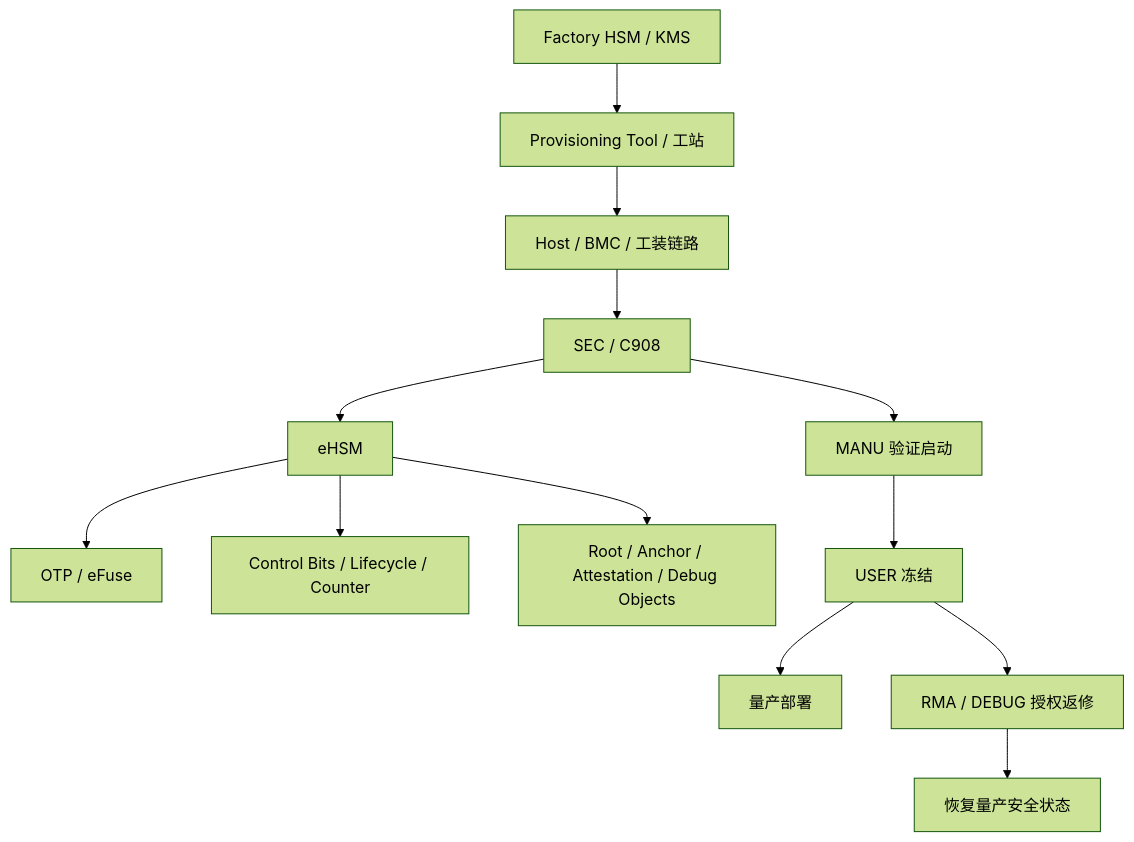
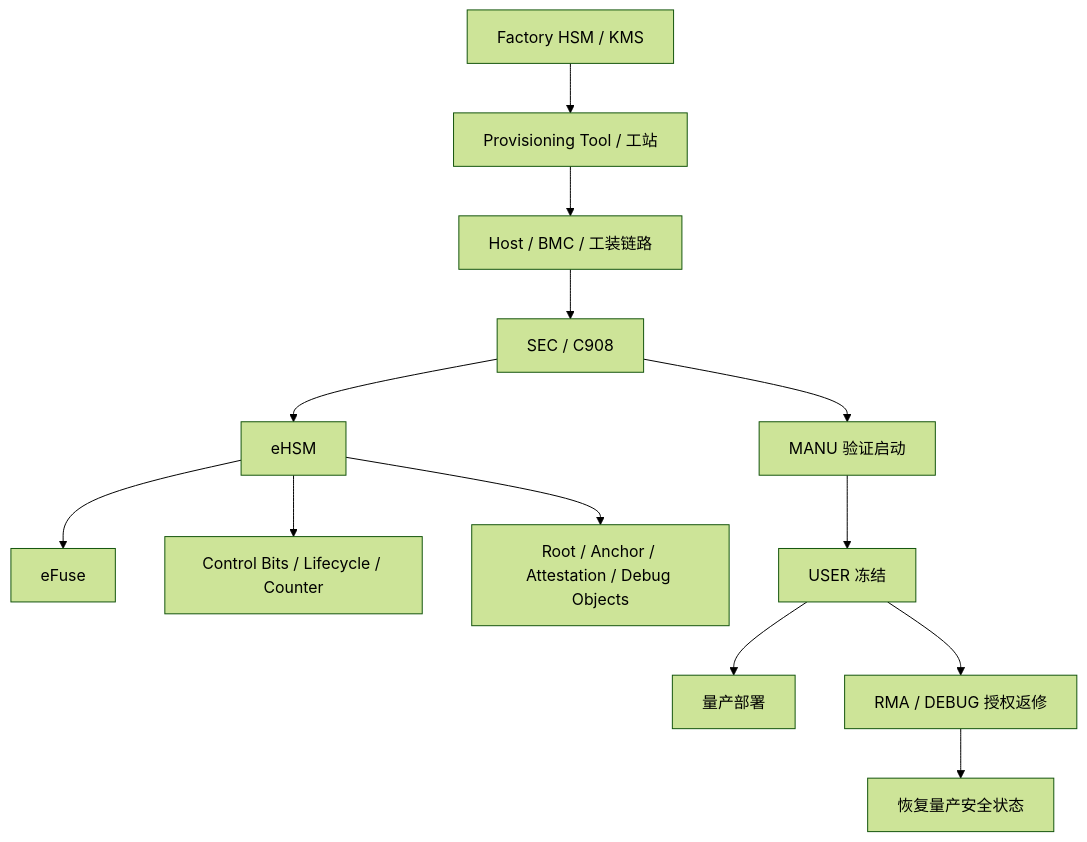
One commit to DBW19931021/security_-scheme changed diagram 23 of 29 in ngu800_security_solution_flow_with_gpt/security_workflow/03_detailed_design/10_full_design.md. Above: the diagram before and after it, drawn with Mermaid (forest theme). The commit also changed other lines of this file and 28 other files, not shown here.

````diff
--- a/ngu800_security_solution_flow_with_gpt/security_workflow/03_detailed_design/10_full_design.md
+++ b/ngu800_security_solution_flow_with_gpt/security_workflow/03_detailed_design/10_full_design.md
@@ -3552,16 +3968,16 @@
 ```mermaid
 graph TD
     HSM[Factory HSM / KMS] --> TOOL[Provisioning Tool / 工站]
     TOOL --> HOST[Host / BMC / 工装链路]
     HOST --> SEC[SEC / C908]
     SEC --> EH[eHSM]
-    EH --> OTP[OTP / eFuse]
+    EH --> eFuse[eFuse]
     EH --> CFG[Control Bits / Lifecycle / Counter]
     EH --> KEY[Root / Anchor / Attestation / Debug Objects]
 
     SEC --> BOOT[MANU 验证启动]
     BOOT --> USER[USER 冻结]
     USER --> DEPLOY[量产部署]
     USER --> RMA[RMA / DEBUG 授权返修]
     RMA --> RESTORE[恢复量产安全状态]
 ```
````
